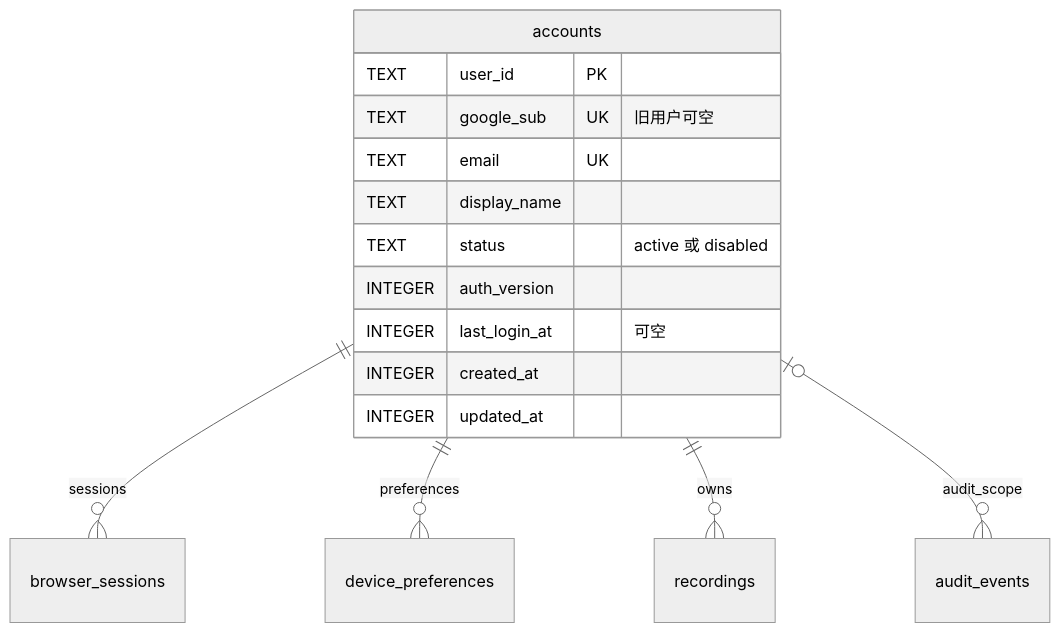
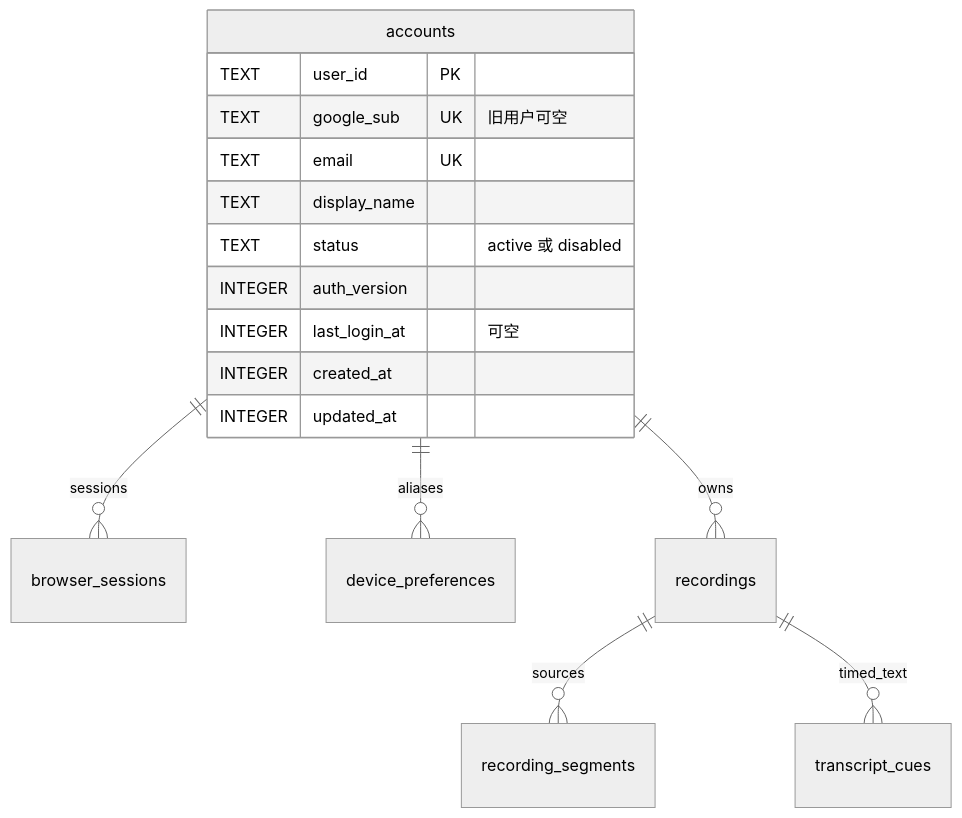
One commit to boboliu-1010/speaker changed the diagram in docs/assets/diagrams/02-user-data-model.mmd. Above: the diagram before and after it, drawn with Mermaid (neutral theme). The commit also changed 34 other files, not shown here.

```diff
--- a/docs/assets/diagrams/02-user-data-model.mmd
+++ b/docs/assets/diagrams/02-user-data-model.mmd
@@ -1,16 +1,17 @@
 erDiagram
     accounts {
         TEXT user_id PK
         TEXT google_sub UK "旧用户可空"
         TEXT email UK
         TEXT display_name
         TEXT status "active 或 disabled"
         INTEGER auth_version
         INTEGER last_login_at "可空"
         INTEGER created_at
         INTEGER updated_at
     }
     accounts ||--o{ browser_sessions : sessions
-    accounts ||--o{ device_preferences : preferences
+    accounts ||--o{ device_preferences : aliases
     accounts ||--o{ recordings : owns
-    accounts |o--o{ audit_events : audit_scope
+    recordings ||--o{ recording_segments : sources
+    recordings ||--o{ transcript_cues : timed_text
```
